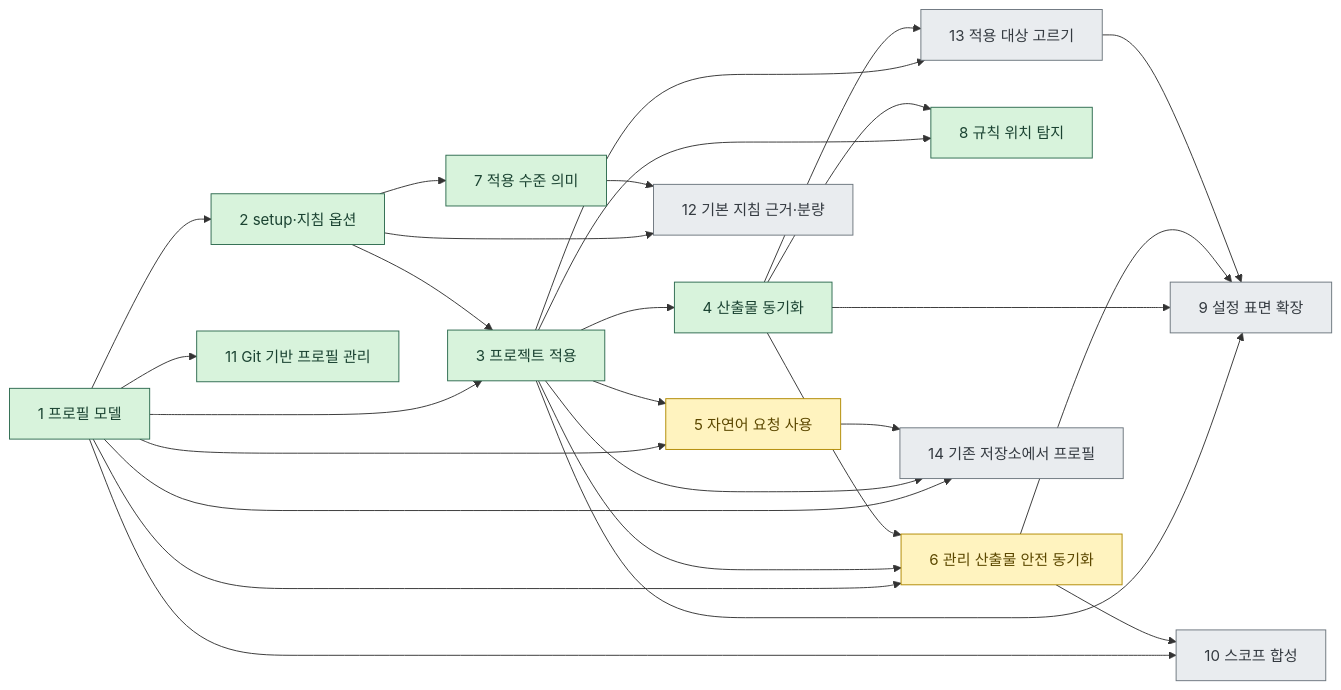
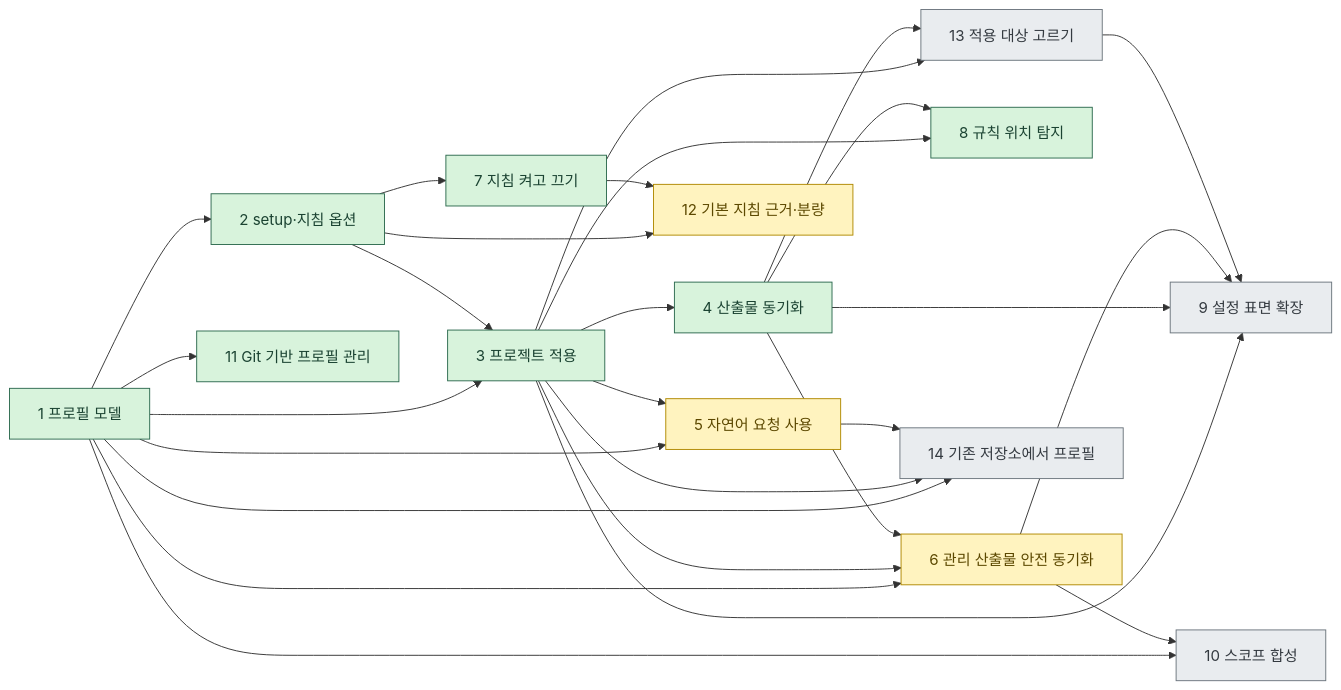
One commit to IsthisLee/agent-context-manager changed the diagram in docs/discussion/architecture/README.md. Above: the diagram before and after it, drawn with Mermaid. The commit also changed other lines of this file and 81 other files, not shown here.

````diff
--- a/docs/discussion/architecture/README.md
+++ b/docs/discussion/architecture/README.md
@@ -33,35 +37,37 @@
 ```mermaid
 flowchart LR
   S1["1 프로필 모델"] --> S2["2 setup·지침 옵션"]
   S1 --> S3["3 프로젝트 적용"]
   S2 --> S3
   S3 --> S4["4 산출물 동기화"]
   S1 --> S5["5 자연어 요청 사용"]
   S3 --> S5
   S1 --> S6["6 관리 산출물 안전 동기화"]
   S3 --> S6
   S4 --> S6
-  S2 --> S7["7 적용 수준 의미"]
+  S2 --> S7["7 지침 켜고 끄기"]
   S3 --> S8["8 규칙 위치 탐지"]
   S4 --> S8
   S3 --> S9["9 설정 표면 확장"]
   S4 --> S9
   S6 --> S9
   S1 --> S10["10 스코프 합성"]
   S6 --> S10
   S1 --> S11["11 Git 기반 프로필 관리"]
   S2 --> S12["12 기본 지침 근거·분량"]
   S7 --> S12
   S3 --> S13["13 적용 대상 고르기"]
   S4 --> S13
   S13 --> S9
   S1 --> S14["14 기존 저장소에서 프로필"]
   S3 --> S14
   S5 --> S14
   classDef done fill:#d8f3dc,stroke:#2d6a4f,color:#1b4332
   classDef doing fill:#fff3bf,stroke:#b08900,color:#5c4800
   classDef todo fill:#e9ecef,stroke:#6c757d,color:#343a40
+  %% agctx:generated:stage-classes:start
   class S1,S2,S3,S4,S7,S8,S11 done
-  class S5,S6 doing
-  class S9,S10,S12,S13,S14 todo
+  class S5,S6,S12 doing
+  class S9,S10,S13,S14 todo
+  %% agctx:generated:stage-classes:end
 ```
````
